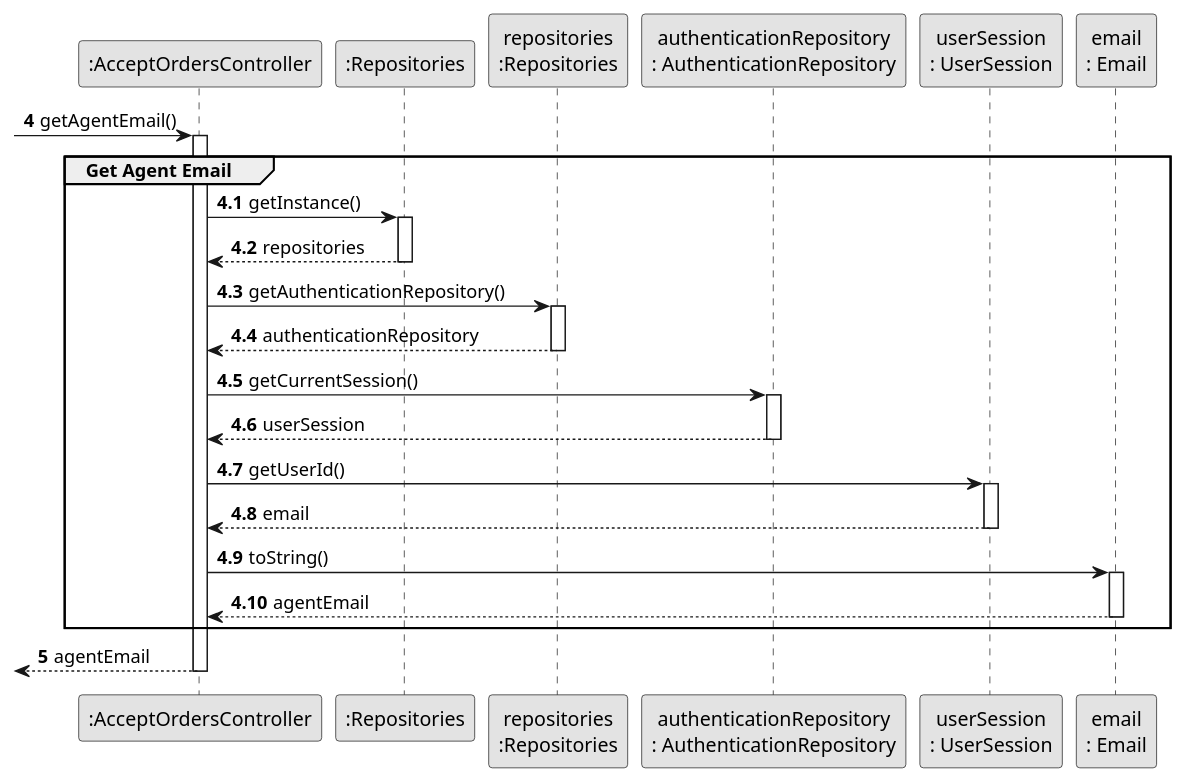
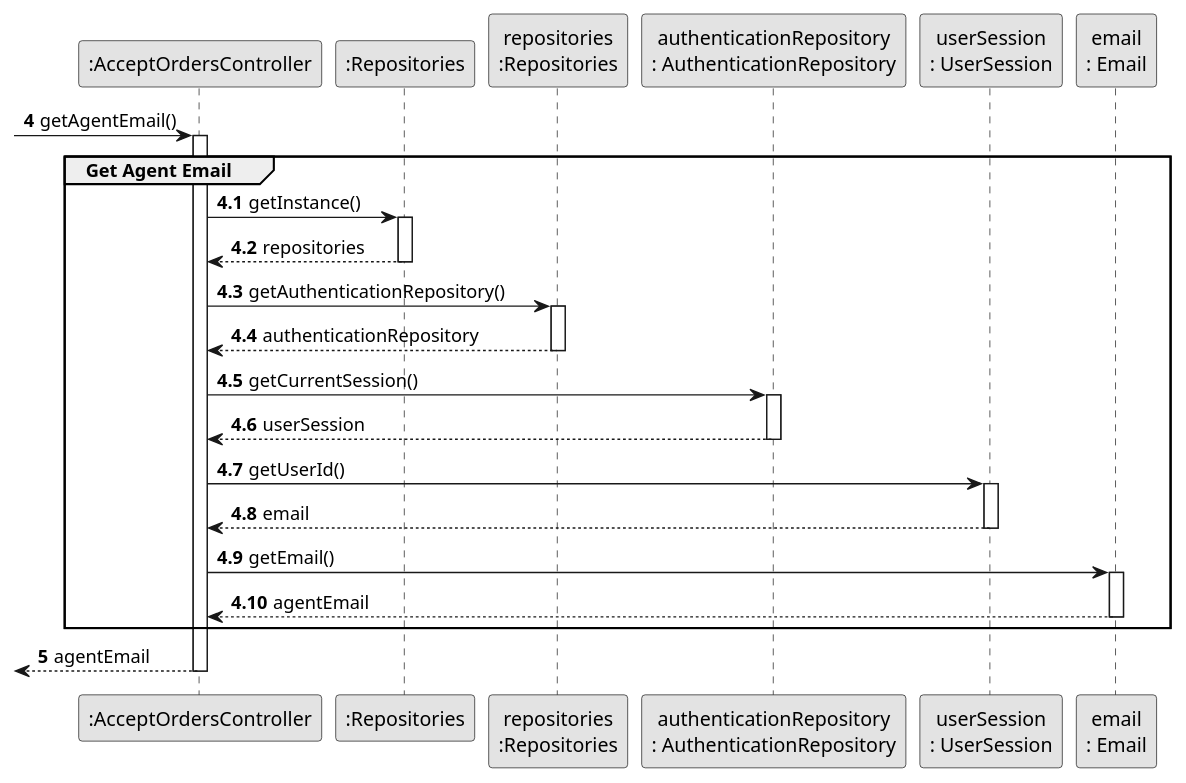
The diagram in docs/sprintC/us011/03.design/puml/us011-sequence-diagram-partial-get-agent-email.puml (rita-barbosa/LAPR2-2223), drawn with PlantUML before and after one commit. The commit also changed 11 other files, not shown here.

Commit message:
Update diagrams: sequence & class [US011][Design][#05 Task]

```diff
--- a/docs/sprintC/us011/03.design/puml/us011-sequence-diagram-partial-get-agent-email.puml
+++ b/docs/sprintC/us011/03.design/puml/us011-sequence-diagram-partial-get-agent-email.puml
@@ -1,56 +1,56 @@
 @startuml
 skinparam monochrome true
 skinparam packageStyle rectangle
 skinparam shadowing false
 
 
 participant ":AcceptOrdersController" as CTRL
  participant ":Repositories" as RepositorySingleton
  participant "repositories\n:Repositories" as PLAT
   participant "authenticationRepository\n: AuthenticationRepository" as AuthRep
   participant "userSession\n: UserSession" as UserSession
   participant "email\n: Email" as Email
 
 autonumber 4
     -> CTRL: getAgentEmail()
     activate CTRL
 
 group Get Agent Email
 
 autonumber 4.1
     CTRL -> RepositorySingleton : getInstance()
     activate RepositorySingleton
 
     RepositorySingleton --> CTRL : repositories
     deactivate RepositorySingleton
 
      CTRL -> PLAT : getAuthenticationRepository()
      activate PLAT
 
      PLAT --> CTRL : authenticationRepository
      deactivate PLAT
 
      CTRL -> AuthRep : getCurrentSession()
      activate AuthRep
 
      AuthRep --> CTRL : userSession
      deactivate AuthRep
 
      CTRL -> UserSession : getUserId()
      activate UserSession
 
      UserSession --> CTRL : email
      deactivate UserSession
 
-    CTRL -> Email : toString()
+    CTRL -> Email : getEmail()
     activate Email
 
     Email --> CTRL : agentEmail
     deactivate Email
 
 end group
 autonumber 5
      <-- CTRL: agentEmail
      deactivate CTRL
 
 @enduml
```
